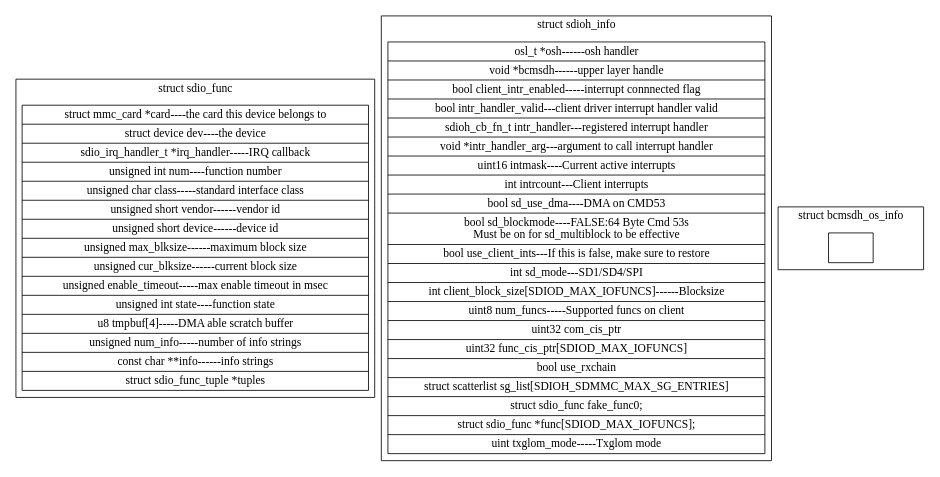
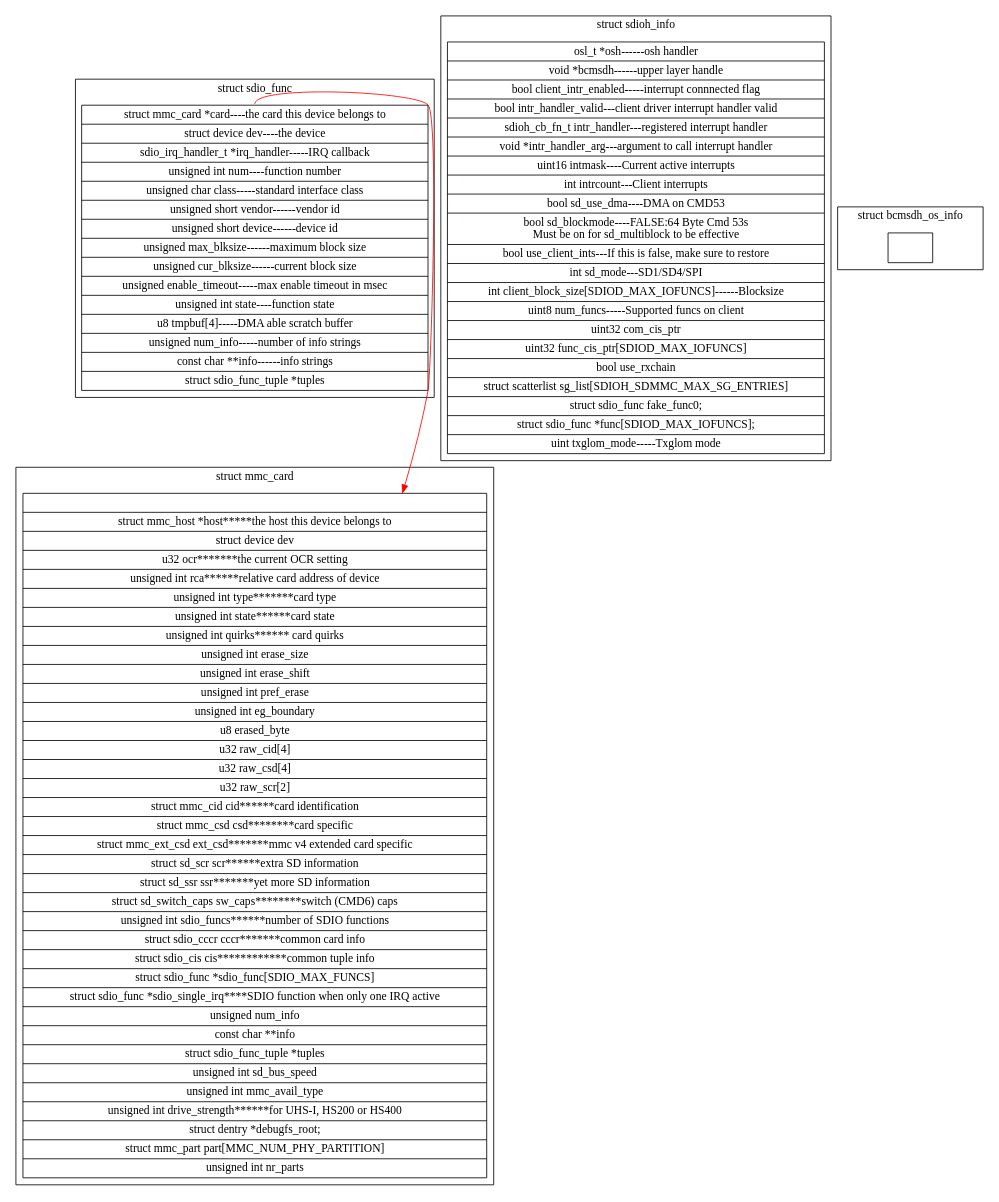
Before and after one commit to YsuXia/Debian-Learning: the diagram in graphviz/wifi/sdio.dot, drawn with Graphviz. The commit also changed 7 other files, not shown here.

```diff
--- a/graphviz/wifi/sdio.dot
+++ b/graphviz/wifi/sdio.dot
@@ -1,59 +1,101 @@
 digraph libnl{
 	node[shape=record];
 	subgraph cluster_struct_sdio_func{
 		label="struct sdio_func";
 		"struct sdio_func"[label="{
-	struct mmc_card     *card----the card this device belongs to
+	<card>struct mmc_card     *card----the card this device belongs to
     |struct device       dev----the device
     |sdio_irq_handler_t  *irq_handler-----IRQ callback
     |unsigned int        num----function number
     |unsigned char       class-----standard interface class
     |unsigned short      vendor------vendor id
     |unsigned short      device------device id
     |unsigned        max_blksize------maximum block size
     |unsigned        cur_blksize------current block size
     |unsigned        enable_timeout-----max enable timeout in msec
     |unsigned int        state----function state
     |u8          tmpbuf[4]-----DMA able scratch buffer
     |unsigned        num_info-----number of info strings
     |const char      **info------info strings
     |struct sdio_func_tuple *tuples
+		}"];
+	}
+
+	"struct sdio_func":card->"struct mmc_card"[color=red];
+	subgraph cluster_struct_mmc_card{
+		label="struct mmc_card";
+		"struct mmc_card"[label="{
+			|struct mmc_host     *host*****the host this device belongs to
+    |struct device       dev
+    |u32         ocr*******the current OCR setting
+    |unsigned int        rca******relative card address of device
+    |unsigned int        type*******card type
+    |unsigned int        state******card state
+    |unsigned int        quirks****** card quirks
+    |unsigned int        erase_size
+    |unsigned int        erase_shift
+    |unsigned int        pref_erase
+    |unsigned int        eg_boundary
+    |u8          erased_byte
+	|u32         raw_cid[4]
+    |u32         raw_csd[4]
+    |u32         raw_scr[2]
+    |struct mmc_cid      cid******card identification
+    |struct mmc_csd      csd********card specific
+    |struct mmc_ext_csd  ext_csd*******mmc v4 extended card specific
+    |struct sd_scr       scr******extra SD information
+    |struct sd_ssr       ssr*******yet more SD information
+    |struct sd_switch_caps   sw_caps********switch (CMD6) caps
+    |unsigned int        sdio_funcs******number of SDIO functions
+    |struct sdio_cccr    cccr*******common card info
+    |struct sdio_cis     cis************common tuple info
+    |struct sdio_func    *sdio_func[SDIO_MAX_FUNCS]
+    |struct sdio_func    *sdio_single_irq****SDIO function when only one IRQ active
+    |unsigned        num_info
+    |const char      **info
+    |struct sdio_func_tuple  *tuples
+    |unsigned int        sd_bus_speed
+    |unsigned int        mmc_avail_type
+    |unsigned int        drive_strength******for UHS-I, HS200 or HS400
+    |struct dentry       *debugfs_root;
+    |struct mmc_part part[MMC_NUM_PHY_PARTITION]
+    |unsigned int    nr_parts
 		}"];
 	}
 
 	subgraph cluster_struct_sdioh_info{
 		label="struct sdioh_info";
 		"struct sdioh_info"[label="{
 		osl_t       *osh------osh handler
     |void        *bcmsdh------upper layer handle
     |bool        client_intr_enabled-----interrupt connnected flag
     |bool        intr_handler_valid---client driver interrupt handler valid
     |sdioh_cb_fn_t   intr_handler---registered interrupt handler
     |void        *intr_handler_arg---argument to call interrupt handler
     |uint16      intmask----Current active interrupts
 
     |int     intrcount---Client interrupts
     |bool        sd_use_dma----DMA on CMD53
     |bool        sd_blockmode----FALSE:64 Byte Cmd 53s
                         \nMust be on for sd_multiblock to be effective
     |bool        use_client_ints---If this is false, make sure to restore
     |int     sd_mode---SD1\/SD4\/SPI
     |int     client_block_size[SDIOD_MAX_IOFUNCS]------Blocksize
     |uint8       num_funcs-----Supported funcs on client
     |uint32      com_cis_ptr
     |uint32      func_cis_ptr[SDIOD_MAX_IOFUNCS]
     |bool        use_rxchain
     |struct scatterlist  sg_list[SDIOH_SDMMC_MAX_SG_ENTRIES]
     |struct sdio_func    fake_func0;
     |struct sdio_func    *func[SDIOD_MAX_IOFUNCS];
     |uint    txglom_mode-----Txglom mode
 	}"];
 	}
 
 	subgraph cluster_struct_bcmsdh_os_info{
 		label="struct bcmsdh_os_info";
 		"struct bcmsdh_os_info"[label="{
 
 		}"];
 	}
 }
```
